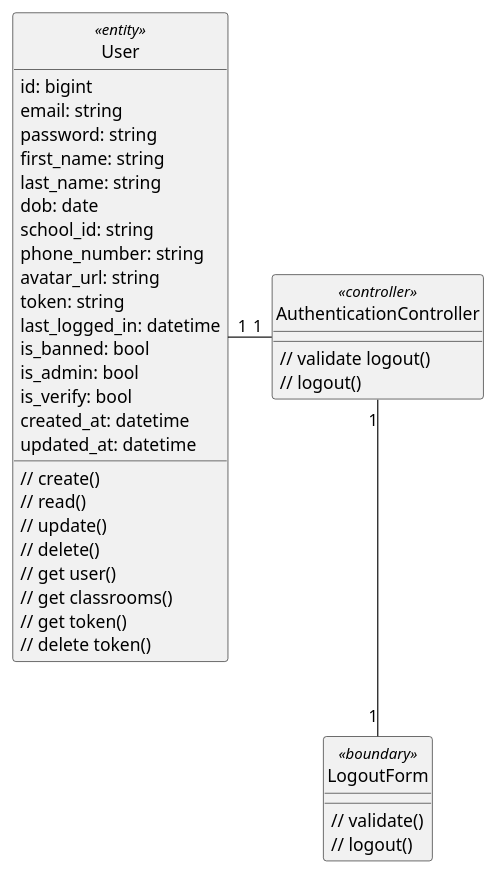
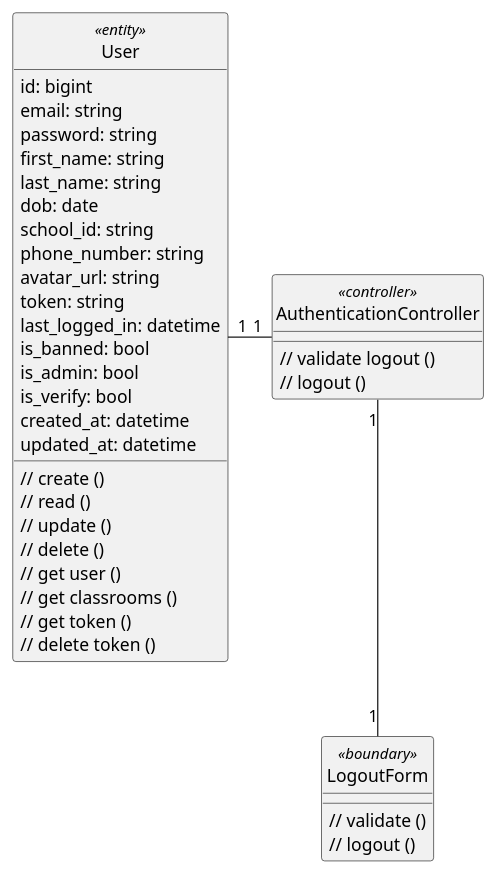
One commit to anonyhostvn/OOAD-Diagram changed the diagram in class - analysis/authentication/logout.plantuml. Above: the diagram before and after it, drawn with PlantUML. The commit also changed 6 other files, not shown here.

```diff
--- a/class - analysis/authentication/logout.plantuml
+++ b/class - analysis/authentication/logout.plantuml
@@ -1,50 +1,50 @@
 @startuml login
 
 class User <<entity>> {
     id: bigint
     email: string
     password: string
     first_name: string
     last_name: string
     dob: date
     school_id: string
     phone_number: string
     avatar_url: string
     token: string
     last_logged_in: datetime
     is_banned: bool
     is_admin: bool
     is_verify: bool
     created_at: datetime
     updated_at: datetime
 
-    // create()
-    // read()
-    // update()
-    // delete()
-    // get user()
-    // get classrooms()
-    // get token()
-    // delete token()
+    // create ()
+    // read ()
+    // update ()
+    // delete ()
+    // get user ()
+    // get classrooms ()
+    // get token ()
+    // delete token ()
 }
 
 class LogoutForm <<boundary>> {
-    // validate()
-    // logout()
+    // validate ()
+    // logout ()
 }
 
 class AuthenticationController <<controller>> {
-    // validate logout()
-    // logout()
+    // validate logout ()
+    // logout ()
 }
 
 hide User <<entity>> circle
 hide LogoutForm <<boundary>> circle
 hide AuthenticationController <<controller>> circle
 
 AuthenticationController "1" -left- "1" User
 AuthenticationController "1" -down- "1" LogoutForm
 
 
 
 @enduml
```
